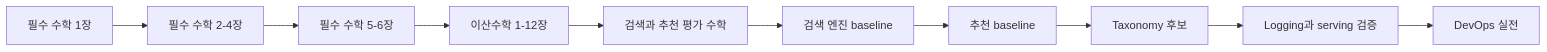
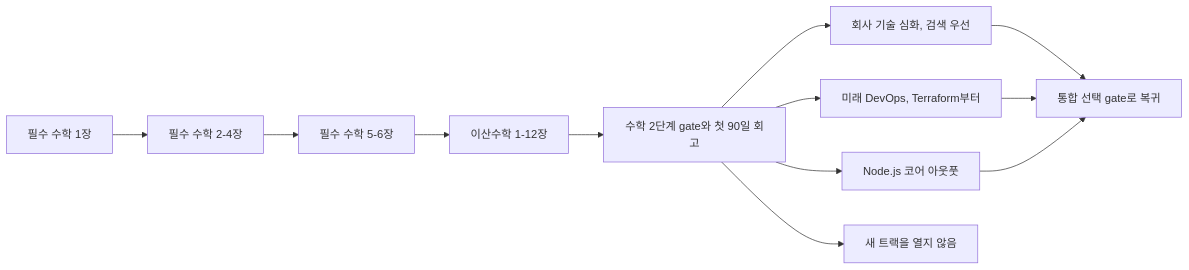
One commit to dc-choi/interview changed the diagram in fit/growth/learning/roadmaps/2026-H2-Math-Roadmap.md. Above: the diagram before and after it, drawn with Mermaid. The commit also changed other lines of this file and 9 other files, not shown here.

Commit message:
docs(learning): reprioritize roadmap around company work

````diff
--- a/fit/growth/learning/roadmaps/2026-H2-Math-Roadmap.md
+++ b/fit/growth/learning/roadmaps/2026-H2-Math-Roadmap.md
@@ -24,12 +24,14 @@
 ```mermaid
 flowchart LR
   A[필수 수학 1장] --> B[필수 수학 2-4장]
   B --> C[필수 수학 5-6장]
   C --> D[이산수학 1-12장]
-  D --> E[검색과 추천 평가 수학]
-  E --> F[검색 엔진 baseline]
-  F --> G[추천 baseline]
-  G --> H[Taxonomy 후보]
-  H --> I[Logging과 serving 검증]
-  I --> J[DevOps 실전]
+  D --> E[수학 2단계 gate와 첫 90일 회고]
+  E --> F[회사 기술 심화, 검색 우선]
+  E --> V[미래 DevOps, Terraform부터]
+  E --> N[Node.js 코어 아웃풋]
+  E --> P[새 트랙을 열지 않음]
+  F --> G[통합 선택 gate로 복귀]
+  V --> G
+  N --> G
 ```
````
